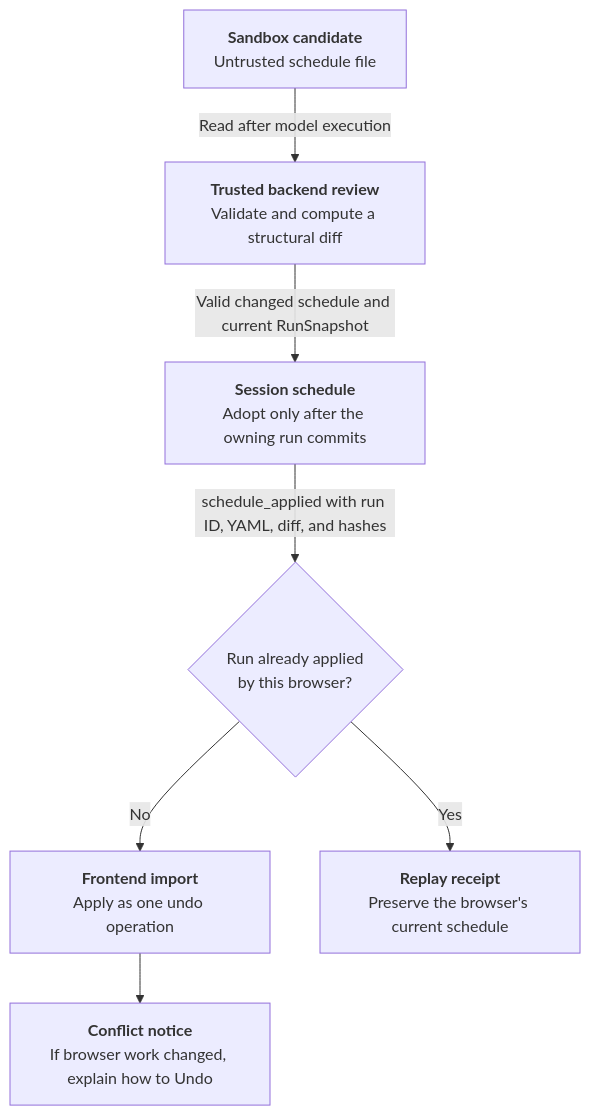
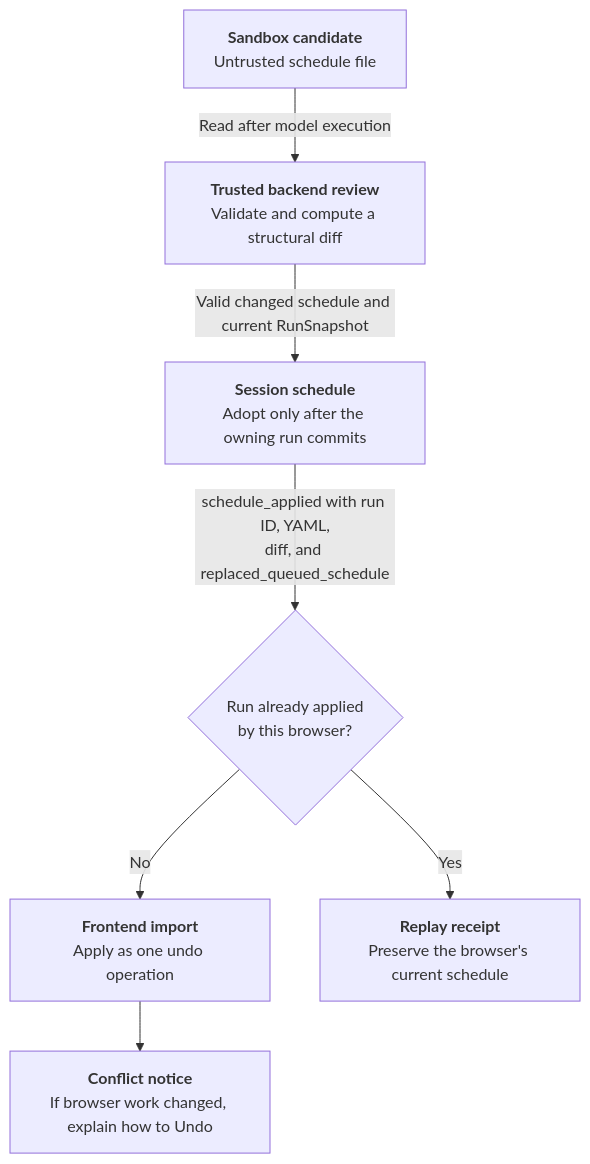
One commit to j3soon/nurse-scheduling changed the sixth of 6 diagrams in docs/content/developer-guide/ai-assistant.md. Above: the diagram before and after it, drawn with Mermaid. The commit also changed 1 other file, not shown here.

Commit message:
docs: correct the applied-schedule event diagram
Show replaced_queued_schedule in the event payload instead of removed hashes. Require diagram payload fields to match their emitted schema.

by Codex (gpt-6.1-sol)

````diff
--- a/docs/content/developer-guide/ai-assistant.md
+++ b/docs/content/developer-guide/ai-assistant.md
@@ -721,16 +721,16 @@
 ```mermaid
 flowchart TB
     Candidate["<b>Sandbox candidate</b><br/>Untrusted schedule file"]
     Validation["<b>Trusted backend review</b><br/>Validate and compute a structural diff"]
     Session["<b>Session schedule</b><br/>Adopt only after the owning run commits"]
     Replay{"Run already applied<br/>by this browser?"}
     Import["<b>Frontend import</b><br/>Apply as one undo operation"]
     Notice["<b>Conflict notice</b><br/>If browser work changed, explain how to Undo"]
     Keep["<b>Replay receipt</b><br/>Preserve the browser's current schedule"]
     Candidate -->|Read after model execution| Validation
     Validation -->|Valid changed schedule and current RunSnapshot| Session
-    Session -->|schedule_applied with run ID, YAML, diff, and hashes| Replay
+    Session -->|schedule_applied with run ID, YAML,<br/>diff, and replaced_queued_schedule| Replay
     Replay -->|No| Import
     Import --> Notice
     Replay -->|Yes| Keep
 ```
````
